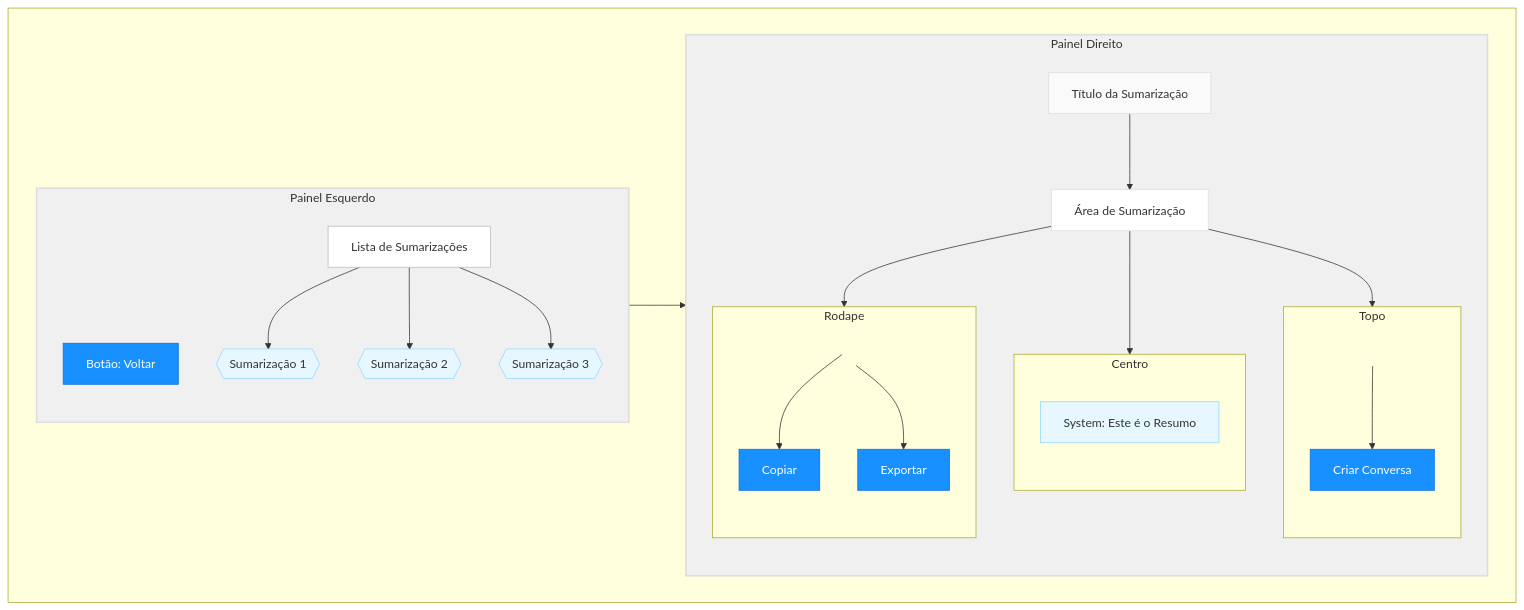
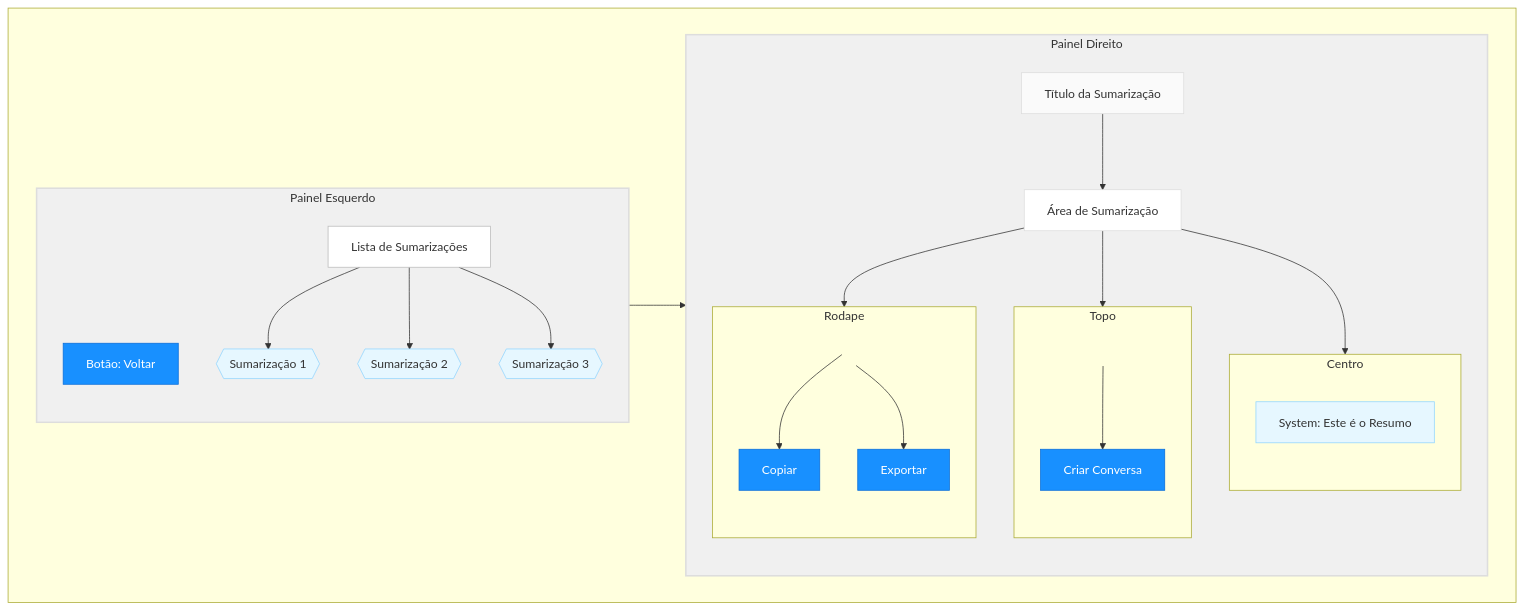
The diagram in specs/GUI-04-estrutura-tela-sumarizacoes-gui.mmd (franciscotbjr/teste-exposed), drawn with Mermaid before and after one commit. The commit also changed 1 other file, not shown here.

```diff
--- a/specs/GUI-04-estrutura-tela-sumarizacoes-gui.mmd
+++ b/specs/GUI-04-estrutura-tela-sumarizacoes-gui.mmd
@@ -1,70 +1,70 @@
 flowchart TD
     subgraph main[" "]
         direction LR
         subgraph left_panel["Painel Esquerdo"]
             direction TB
             new_btn[Botão: Voltar]:::button
             conv_list[Lista de Sumarizações]:::list
             conv_list --> conv1{{"Sumarização 1"}}:::item
             conv_list --> conv2{{"Sumarização 2"}}:::item
             conv_list --> conv3{{"Sumarização 3"}}:::item
         end
 
         subgraph right_panel["Painel Direito"]
             direction TB
             header[Título da Sumarização]:::header
             chat_area[Área de Sumarização]:::area
             
             subgraph input_topo["Topo"]
                 direction TB
                 actions_topo> ]:::actions
                 new_chat_btn[Criar Conversa]:::button
             end
-            
+
             subgraph input_area_centro["Centro"]
                 direction TB
                 txt_sumarizacao["System: Este é o Resumo"]:::usermsg
             end
 
             subgraph input_rodape["Rodape"]
                 direction TB
                 actions_rodape> ]:::actions
                 copy_btn[Copiar]:::button
                 export_btn[Exportar]:::button
             end
 
 
         end
     end
 
     %% Conexões entre áreas
     left_panel --> right_panel
     header --> chat_area
+    chat_area --> input_topo
     chat_area --> input_area_centro
     chat_area --> input_rodape
-    chat_area --> input_topo
     actions_rodape --> copy_btn
     actions_rodape --> export_btn
     actions_topo --> new_chat_btn
 
     classDef panel fill:#f0f0f0,stroke:#ddd,stroke-width:2px
     classDef list fill:#fff,stroke:#bbb,stroke-width:1px
     classDef item fill:#e6f7ff,stroke:#91d5ff
     classDef area fill:#fff,stroke:#ddd,stroke-width:1px
     classDef button fill:#1890ff,stroke:#096dd9,color:white
     classDef input fill:#fff,stroke:#ddd,stroke-width:1px
     classDef actions fill:transparent,stroke:none
     classDef usermsg fill:#e6f7ff,stroke:#91d5ff
     classDef aimsg fill:#f6ffed,stroke:#b7eb8f
     classDef header fill:#fafafa,stroke:#ddd,stroke-width:1px
     
     class left_panel,right_panel panel
     class conv_list list
     class conv1,conv2,conv3 item
     class chat_area area
     class input_field input
     class actions actions
     class new_btn,send_btn,summary_btn button
     class user_msg usermsg
     class ai_msg aimsg
     class header header
```
